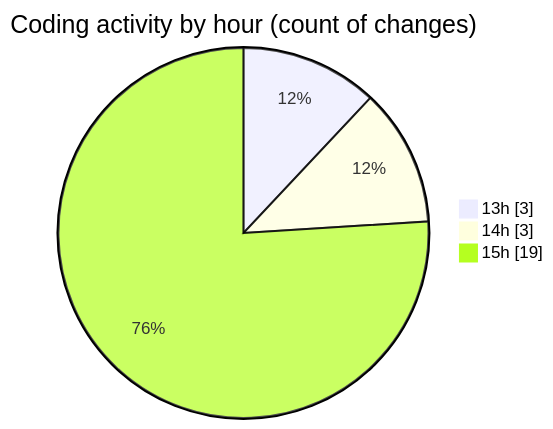
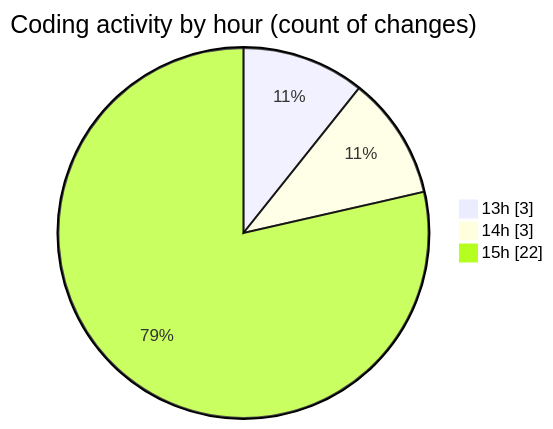
One commit to idhammustaqopulfikri/code-tracking changed the second of 2 diagrams in 2025-06-15/studio-backend/README.md. Above: the diagram before and after it, drawn with Mermaid. The commit also changed other lines of this file and 1 other file, not shown here.

````diff
--- a/2025-06-15/studio-backend/README.md
+++ b/2025-06-15/studio-backend/README.md
@@ -39,7 +40,7 @@
 ```mermaid
 pie showData
 title Coding activity by hour (count of changes)
 "13h" : 3
 "14h" : 3
-"15h" : 19
+"15h" : 22
 ```
````
